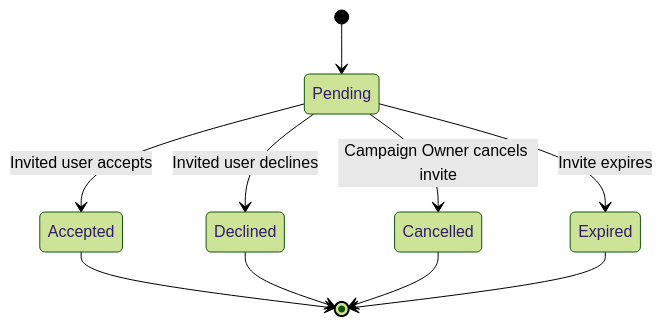
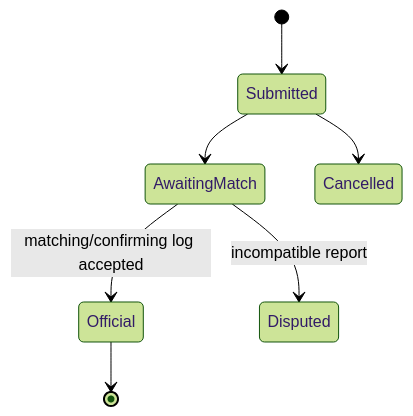
One commit to DauntlessK/Battletech-Campaign-Manager changed the second of 7 diagrams in docs/Lifecycle_StateDiagrams.md. Above: the diagram before and after it, drawn with Mermaid (forest theme). The commit also changed other lines of this file and 22 other files, not shown here.

````diff
--- a/docs/Lifecycle_StateDiagrams.md
+++ b/docs/Lifecycle_StateDiagrams.md
@@ -99,12 +20,9 @@
 ```mermaid
 stateDiagram-v2
-    [*] --> Pending
-    Pending --> Accepted: Invited user accepts
-    Pending --> Declined: Invited user declines
-    Pending --> Cancelled: Campaign Owner cancels invite
-    Pending --> Expired: Invite expires
-    Accepted --> [*]
-    Declined --> [*]
-    Cancelled --> [*]
-    Expired --> [*]
+    [*] --> Submitted
+    Submitted --> AwaitingMatch
+    AwaitingMatch --> Official: matching/confirming log accepted
+    AwaitingMatch --> Disputed: incompatible report
+    Submitted --> Cancelled
+    Official --> [*]
 ```
````
